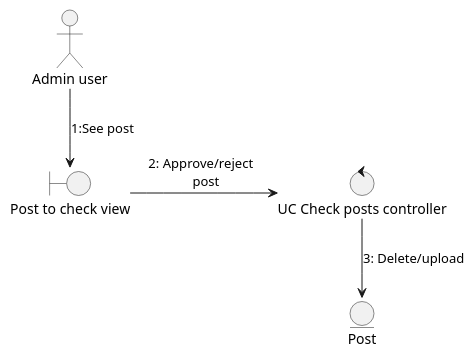
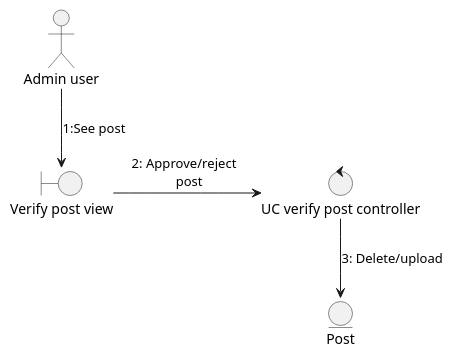
Before and after one commit to Dayannis-07/ING_SOFT: the diagram in docs/scenariosView/collaborationDiagram/useCase-VerificarPublicaciones.puml, drawn with PlantUML. The commit also changed 1 other file, not shown here.

```diff
--- a/docs/scenariosView/collaborationDiagram/useCase-VerificarPublicaciones.puml
+++ b/docs/scenariosView/collaborationDiagram/useCase-VerificarPublicaciones.puml
@@ -1,9 +1,9 @@
 @startuml verificarPublicaciones
 actor "Admin user" as Act
-boundary "Post to check view" as view
+boundary "Verify post view" as view
 Act-->view :1:See post
-control "UC Check posts controller" as controller
+control "UC verify post controller" as controller
 view-r->controller :2: Approve/reject  \n post
 entity Post as entity
 controller-->entity :3: Delete/upload
 @enduml
```
